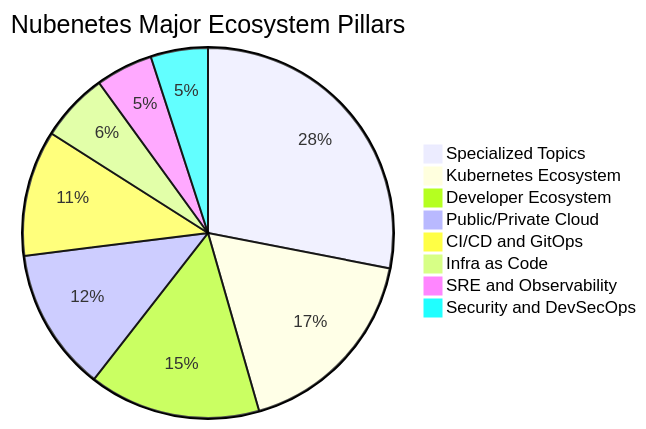
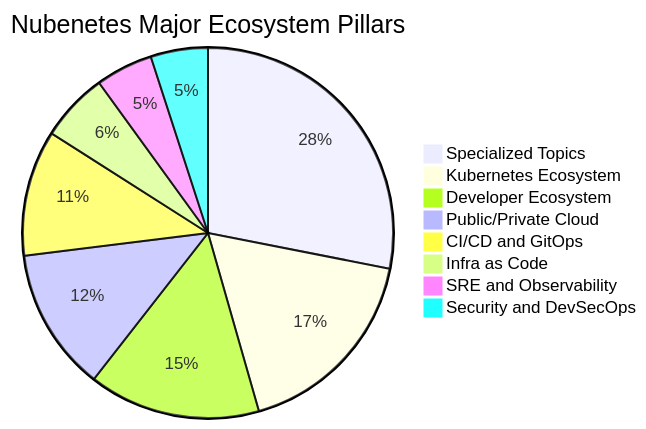
Before and after one commit to nubenetes/awesome-kubernetes: the second of 14 diagrams in README.md, drawn with Mermaid. The commit also changed other lines of this file and 4 other files, not shown here.

````diff
--- a/README.md
+++ b/README.md
@@ -308,11 +308,11 @@
 ```mermaid
 pie title Nubenetes Major Ecosystem Pillars
-    "Specialized Topics" : 5618
+    "Specialized Topics" : 5626
     "Kubernetes Ecosystem" : 3500
     "Developer Ecosystem" : 3000
     "Public/Private Cloud" : 2500
     "CI/CD and GitOps" : 2200
     "Infra as Code" : 1200
     "SRE and Observability" : 1000
     "Security and DevSecOps" : 1000
 ```
````
